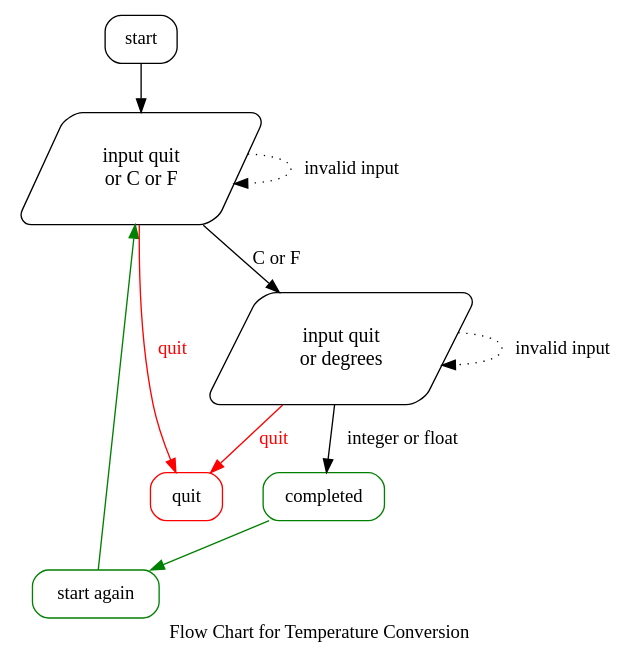
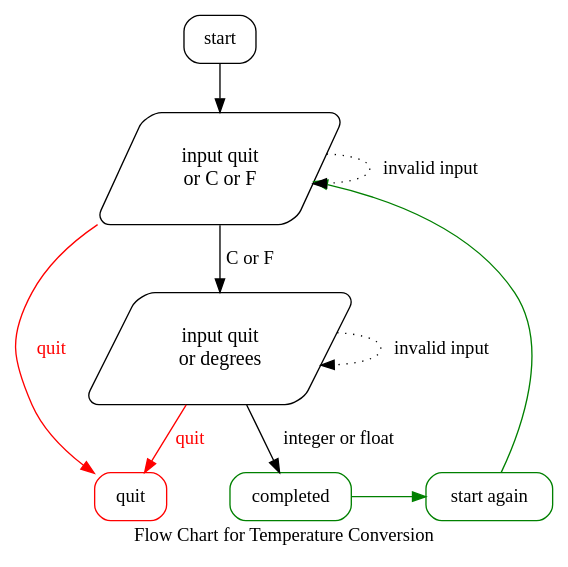
Before and after one commit to nagashi/Temperature-Conversion: the diagram in images/temperature-conversion.dot, drawn with Graphviz. The commit also changed 1 other file, not shown here.

```diff
--- a/images/temperature-conversion.dot
+++ b/images/temperature-conversion.dot
@@ -1,33 +1,35 @@
 digraph{
 label ="Flow Chart for Temperature Conversion";
 
 node [
     shape=box, style=rounded;
 ] start; quit; completed; sa;
 
 quit[color=red];
 completed[color=green];
 sa[label="start again", color=green];
 
 cf [
     label="input quit\nor C or F"; 
     fontsize="15pt";
     shape=parallelogram;
 ];
 temp [
     label="input quit\nor degrees"; 
     fontsize="15pt";
     shape=parallelogram;
     size="8,8";
 ];
 
 
 start -> cf;
 cf -> cf[label="invalid input", style=dotted];
 cf -> temp[label="C or F"];
 temp -> temp[label="invalid input", style=dotted];
 temp -> completed[label="integer or float"];
 cf -> quit[label="quit", fontcolor=red, color=red];
 temp -> quit[label="quit", fontcolor=red, color=red];
 completed ->sa-> cf[color=green];
+
+{rank=same; sa quit completed}
 }
```
